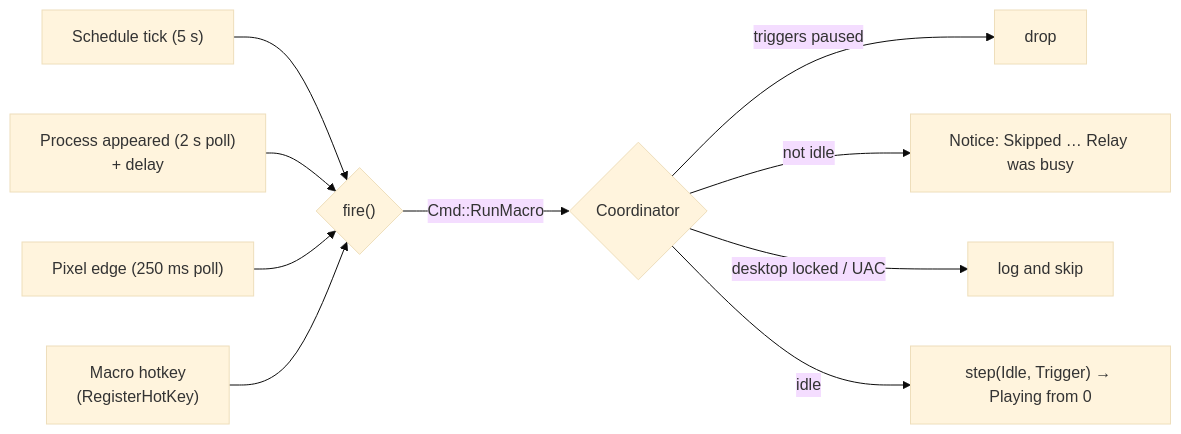
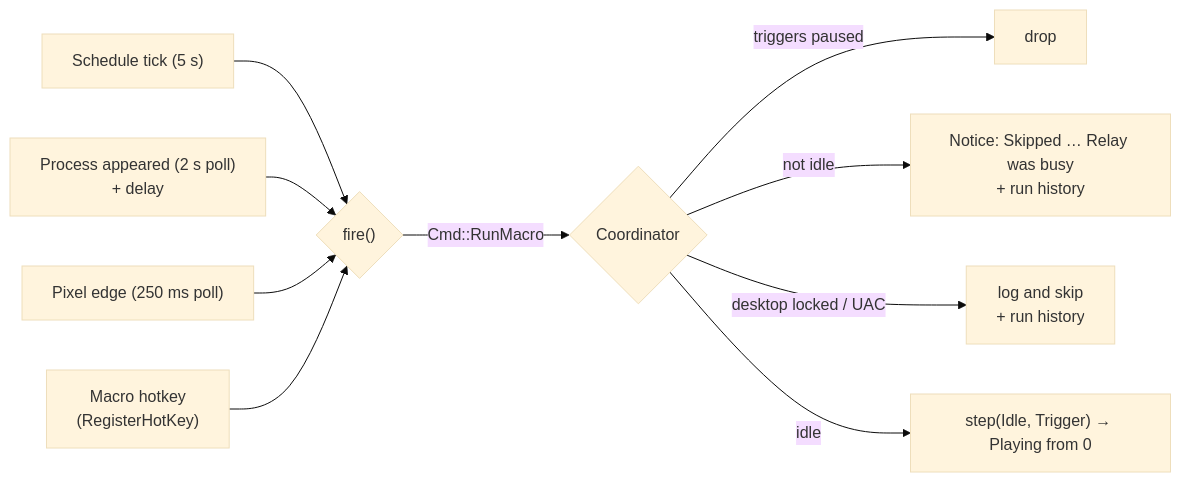
One commit to HappyRave/Relay changed the fifth of 5 diagrams in docs/engineering/architecture.md. Above: the diagram before and after it, drawn with Mermaid (base theme). The commit also changed other lines of this file and 11 other files, not shown here.

Commit message:
docs: the run history, in the user guide and the engineering guide

````diff
--- a/docs/engineering/architecture.md
+++ b/docs/engineering/architecture.md
@@ -173,12 +176,12 @@
 ```mermaid
 flowchart LR
     S["Schedule tick (5 s)"] --> F{"fire()"}
     A["Process appeared (2 s poll)<br/>+ delay"] --> F
     X["Pixel edge (250 ms poll)"] --> F
     K["Macro hotkey<br/>(RegisterHotKey)"] --> F
     F -- "Cmd::RunMacro" --> C{"Coordinator"}
     C -- "triggers paused" --> N1["drop"]
-    C -- "not idle" --> N2["Notice: Skipped … Relay was busy"]
-    C -- "desktop locked / UAC" --> N3["log and skip"]
+    C -- "not idle" --> N2["Notice: Skipped … Relay was busy<br/>+ run history"]
+    C -- "desktop locked / UAC" --> N3["log and skip<br/>+ run history"]
     C -- "idle" --> P["step(Idle, Trigger) → Playing from 0"]
 ```
````
